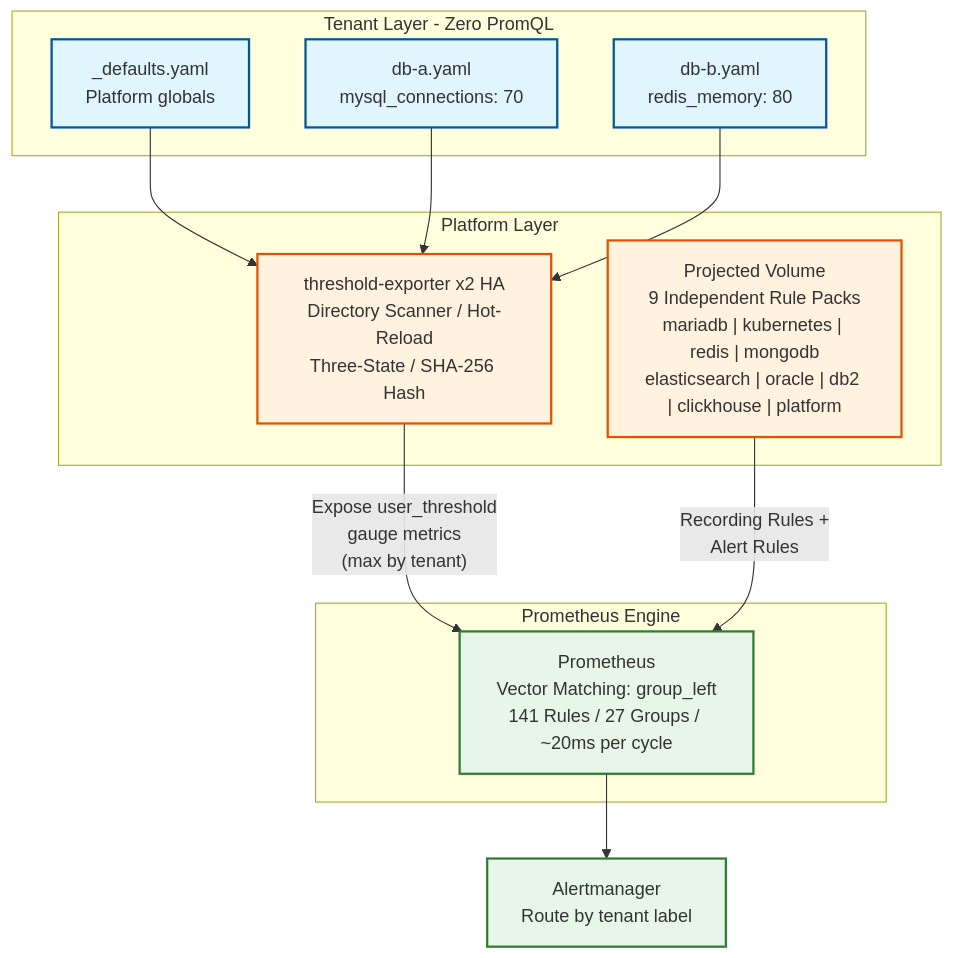
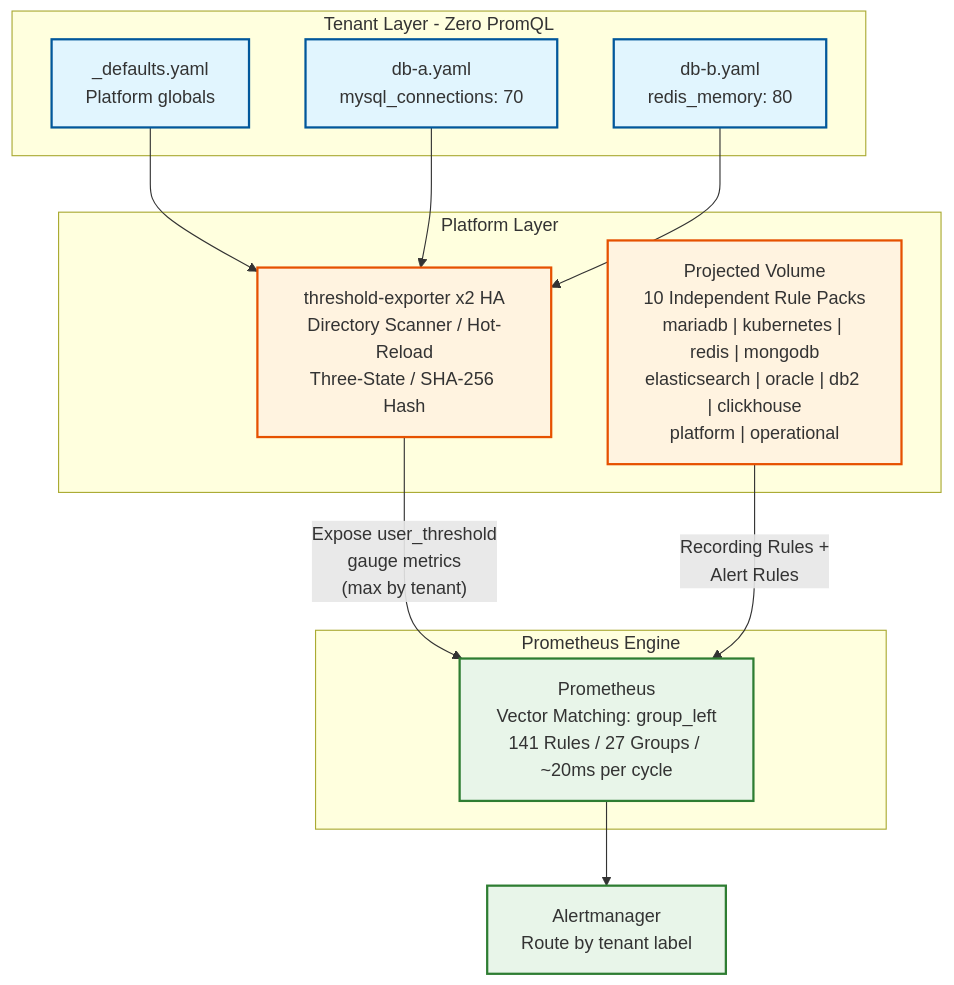
Before and after one commit to vencil/Dynamic-Alerting-Integrations: the second of 2 diagrams in README.en.md, drawn with Mermaid. The commit also changed other lines of this file and 12 other files, not shown here.

Commit message:
docs: bump all version refs to v1.5.0 + fix rule pack count 9→10 in diagrams + update key design decisions

````diff
--- a/README.en.md
+++ b/README.en.md
@@ -172,31 +172,31 @@
 ```mermaid
 graph TD
     subgraph TL["Tenant Layer - Zero PromQL"]
         D["_defaults.yaml<br/>Platform globals"]
         T1["db-a.yaml<br/>mysql_connections: 70"]
         T2["db-b.yaml<br/>redis_memory: 80"]
     end
 
     subgraph PL["Platform Layer"]
         TE["threshold-exporter x2 HA<br/>Directory Scanner / Hot-Reload<br/>Three-State / SHA-256 Hash"]
-        RP["Projected Volume<br/>9 Independent Rule Packs<br/>mariadb | kubernetes | redis | mongodb<br/>elasticsearch | oracle | db2 | clickhouse | platform"]
+        RP["Projected Volume<br/>10 Independent Rule Packs<br/>mariadb | kubernetes | redis | mongodb<br/>elasticsearch | oracle | db2 | clickhouse<br/>platform | operational"]
     end
 
     subgraph PE["Prometheus Engine"]
         PROM["Prometheus<br/>Vector Matching: group_left<br/>141 Rules / 27 Groups / ~20ms per cycle"]
     end
 
     D --> TE
     T1 --> TE
     T2 --> TE
     TE -->|"Expose user_threshold<br/>gauge metrics<br/>(max by tenant)"| PROM
     RP -->|"Recording Rules +<br/>Alert Rules"| PROM
     PROM --> AM["Alertmanager<br/>Route by tenant label"]
 
     classDef tenant fill:#e1f5fe,stroke:#01579b,stroke-width:2px
     classDef platform fill:#fff3e0,stroke:#e65100,stroke-width:2px
     classDef engine fill:#e8f5e9,stroke:#2e7d32,stroke-width:2px
     class D,T1,T2 tenant
     class TE,RP platform
     class PROM,AM engine
 ```
````
